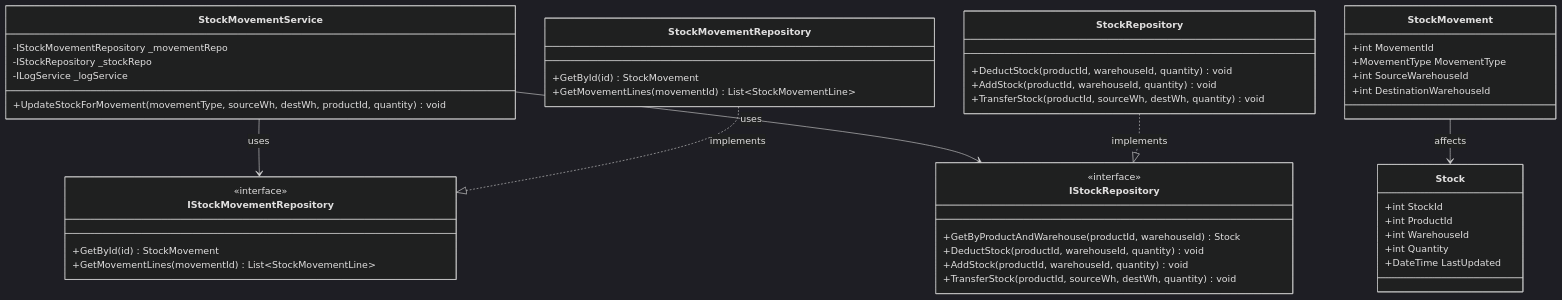
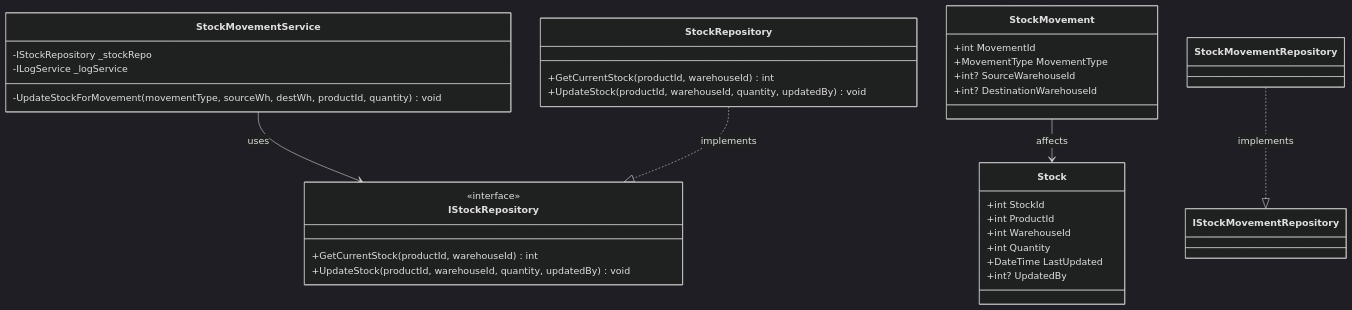
Before and after one commit to nahuk86/tp_diploma_nk_2026: the eighth of 8 diagrams in Documentation/UML_Diagrams/07_Stock_Movement_Process_Class_Diagram.md, drawn with Mermaid (dark theme). The commit also changed other lines of this file and 6 other files, not shown here.

Commit message:
Update UML diagrams 01-07 to reflect actual implementation

````diff
--- a/Documentation/UML_Diagrams/07_Stock_Movement_Process_Class_Diagram.md
+++ b/Documentation/UML_Diagrams/07_Stock_Movement_Process_Class_Diagram.md
@@ -358,55 +383,40 @@
 ```mermaid
 classDiagram
     class StockMovementService {
-        -IStockMovementRepository _movementRepo
         -IStockRepository _stockRepo
         -ILogService _logService
-        +UpdateStockForMovement(movementType, sourceWh, destWh, productId, quantity) void
-    }
-
-    class IStockMovementRepository {
-        <<interface>>
-        +GetById(id) StockMovement
-        +GetMovementLines(movementId) List~StockMovementLine~
+        -UpdateStockForMovement(movementType, sourceWh, destWh, productId, quantity) void
     }
 
     class IStockRepository {
         <<interface>>
-        +GetByProductAndWarehouse(productId, warehouseId) Stock
-        +DeductStock(productId, warehouseId, quantity) void
-        +AddStock(productId, warehouseId, quantity) void
-        +TransferStock(productId, sourceWh, destWh, quantity) void
-    }
-
-    class StockMovementRepository {
-        +GetById(id) StockMovement
-        +GetMovementLines(movementId) List~StockMovementLine~
+        +GetCurrentStock(productId, warehouseId) int
+        +UpdateStock(productId, warehouseId, quantity, updatedBy) void
     }
 
     class StockRepository {
-        +DeductStock(productId, warehouseId, quantity) void
-        +AddStock(productId, warehouseId, quantity) void
-        +TransferStock(productId, sourceWh, destWh, quantity) void
+        +GetCurrentStock(productId, warehouseId) int
+        +UpdateStock(productId, warehouseId, quantity, updatedBy) void
     }
 
     class StockMovement {
         +int MovementId
         +MovementType MovementType
-        +int SourceWarehouseId
-        +int DestinationWarehouseId
+        +int? SourceWarehouseId
+        +int? DestinationWarehouseId
     }
 
     class Stock {
         +int StockId
         +int ProductId
         +int WarehouseId
         +int Quantity
         +DateTime LastUpdated
+        +int? UpdatedBy
     }
 
-    StockMovementService --> IStockMovementRepository : uses
     StockMovementService --> IStockRepository : uses
     StockMovementRepository ..|> IStockMovementRepository : implements
     StockRepository ..|> IStockRepository : implements
     StockMovement --> Stock : affects
 ```
````
